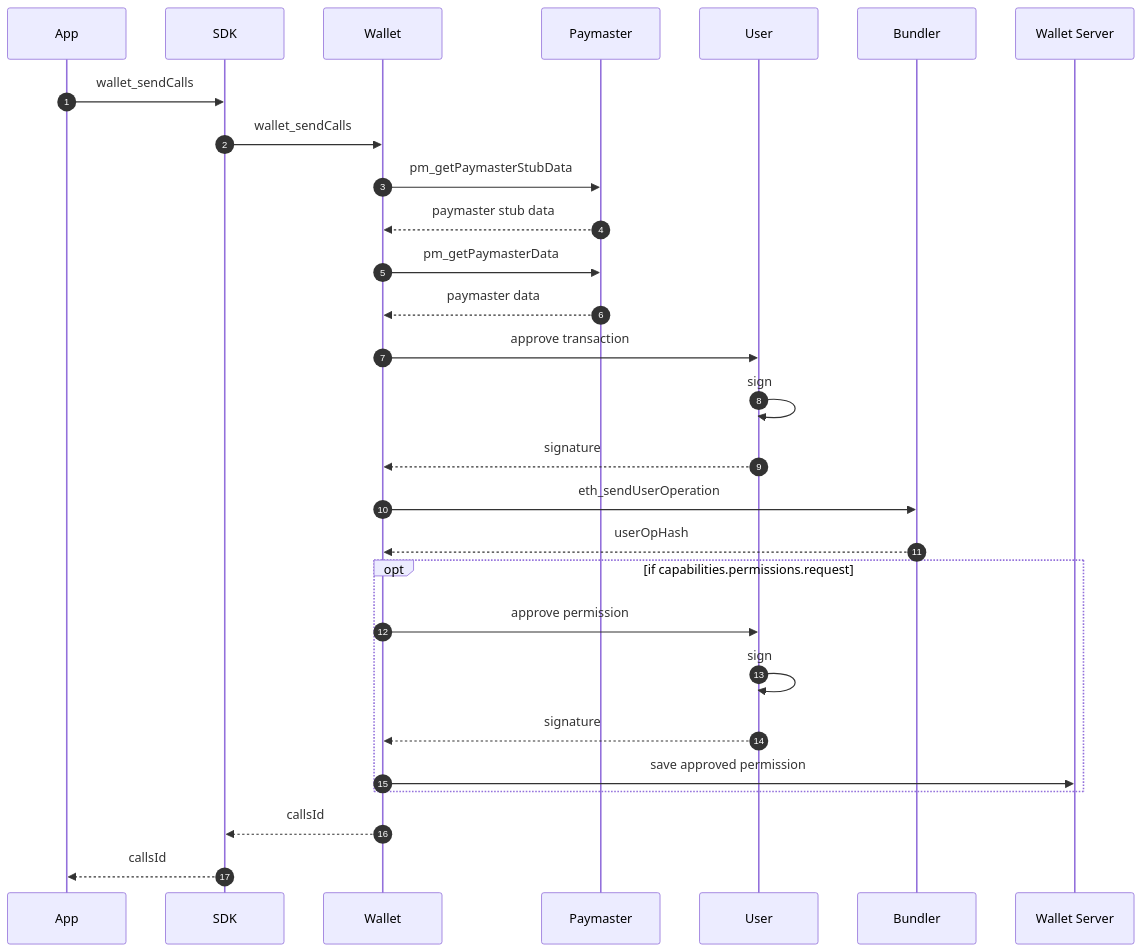
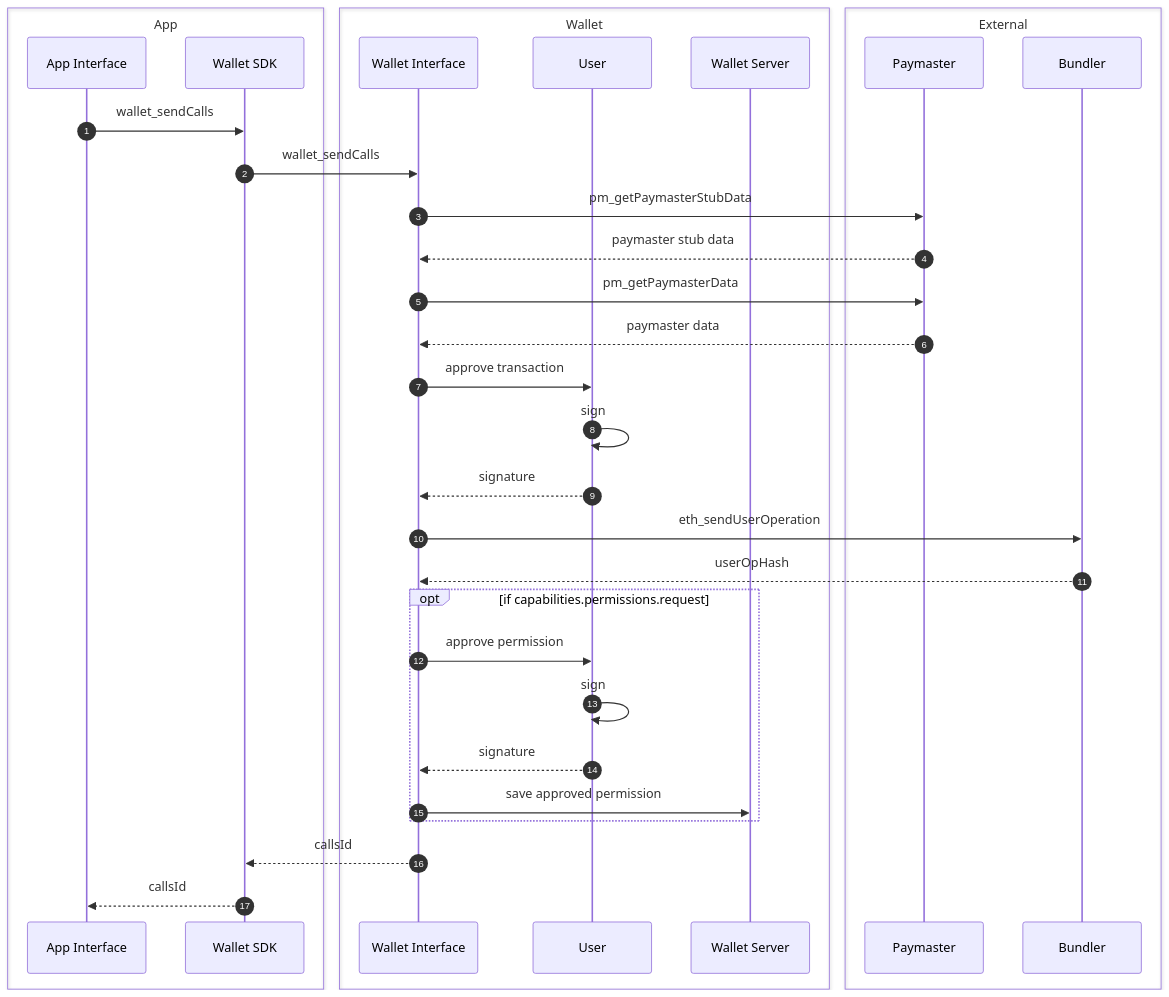
Before and after one commit to coinbase/smart-wallet-permissions: the diagram in docs/diagrams/offchain/sendCalls+grantPermissions.md, drawn with Mermaid. The commit also changed 11 other files, not shown here.

````diff
--- a/docs/diagrams/offchain/sendCalls+grantPermissions.md
+++ b/docs/diagrams/offchain/sendCalls+grantPermissions.md
@@ -3,31 +3,37 @@
 ```mermaid
 sequenceDiagram
     autonumber
-    participant A as App
-    participant SDK as SDK
-    participant W as Wallet
-    participant P as Paymaster
-    participant U as User
-    participant B as Bundler
-    participant WS as Wallet Server
+    box transparent App
+        participant A as App Interface
+        participant SDK as Wallet SDK
+    end
+    box transparent Wallet
+        participant W as Wallet Interface
+        participant U as User
+        participant WS as Wallet Server
+    end
+    box transparent External
+        participant P as Paymaster
+        participant B as Bundler
+    end
 
     A->>SDK: wallet_sendCalls
     SDK->>W: wallet_sendCalls
     W->>P: pm_getPaymasterStubData
     P-->>W: paymaster stub data
     W->>P: pm_getPaymasterData
     P-->>W: paymaster data
     W->>U: approve transaction
     U->>U: sign
     U-->>W: signature
     W->>B: eth_sendUserOperation
     B-->>W: userOpHash
     opt if capabilities.permissions.request
     W->>U: approve permission
     U->>U: sign
     U-->>W: signature
     W->>WS: save approved permission
     end
     W-->>SDK: callsId
     SDK-->>A: callsId
 ```
````
